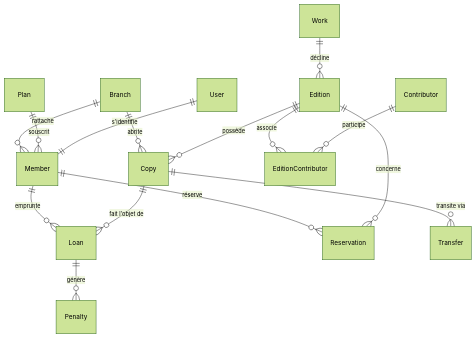
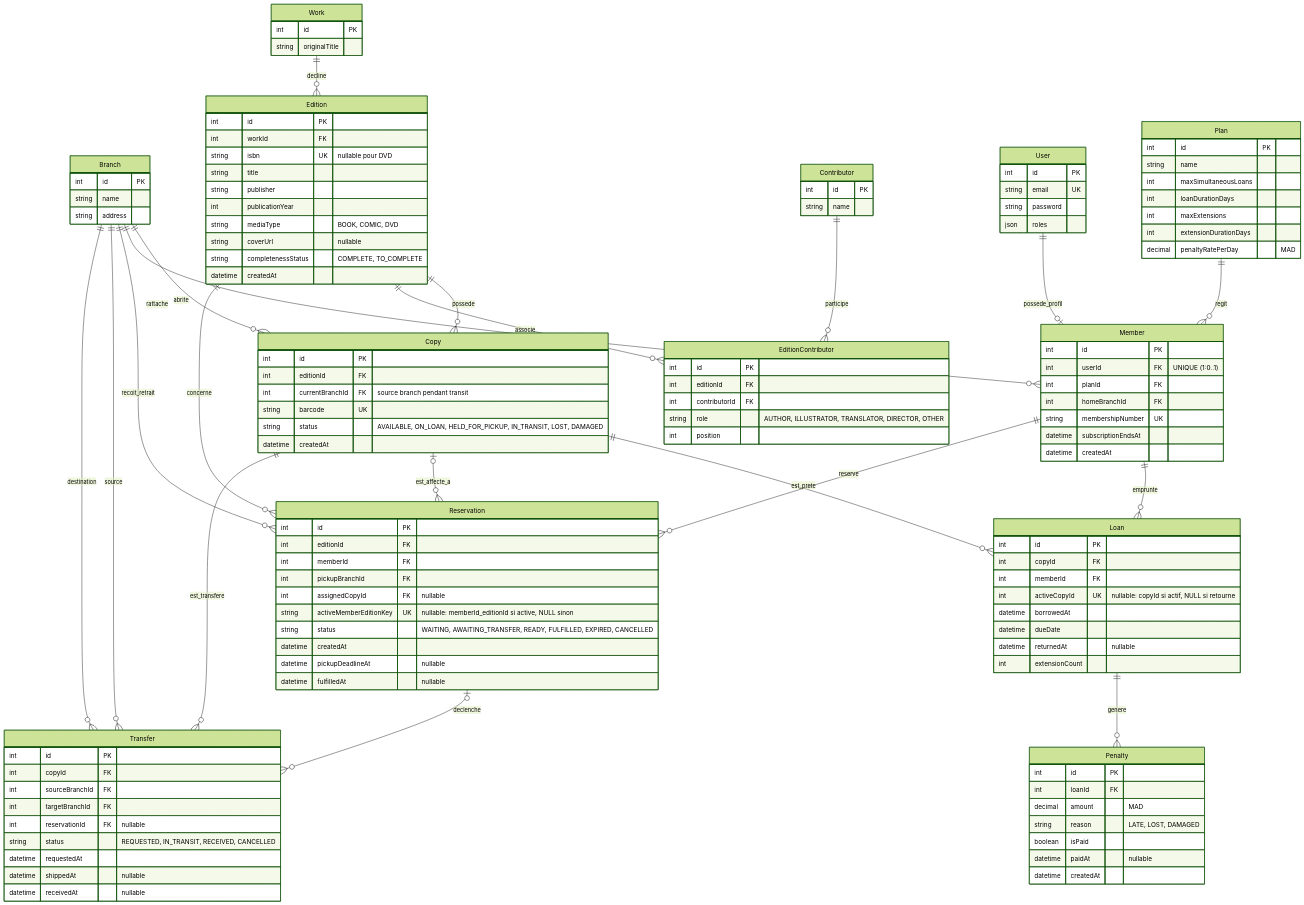
Before and after one commit to OussamaElarouf2/EMC-CHALLENGE-Gestion-du-Reseau-de-Mediatheques: the diagram in docs/MODELE.md, drawn with Mermaid (forest theme). The commit also changed other lines of this file and 1 other file, not shown here.

````diff
--- a/docs/MODELE.md
+++ b/docs/MODELE.md
@@ -32,16 +30,140 @@
 erDiagram
     Branch ||--o{ Copy : "abrite"
     Branch ||--o{ Member : "rattache"
-    Work ||--o{ Edition : "décline"
-    Edition ||--o{ Copy : "possède"
+    Branch ||--o{ Reservation : "recoit_retrait"
+    Branch ||--o{ Transfer : "source"
+    Branch ||--o{ Transfer : "destination"
+    Work ||--o{ Edition : "decline"
+    Edition ||--o{ Copy : "possede"
     Edition ||--o{ EditionContributor : "associe"
     Contributor ||--o{ EditionContributor : "participe"
+    Edition ||--o{ Reservation : "concerne"
+    User ||--o| Member : "possede_profil"
+    Plan ||--o{ Member : "regit"
     Member ||--o{ Loan : "emprunte"
-    Copy ||--o{ Loan : "fait l'objet de"
-    Member ||--o{ Reservation : "réserve"
-    Edition ||--o{ Reservation : "concerne"
-    Plan ||--o{ Member : "souscrit"
-    User ||--|| Member : "s'identifie"
-    Loan ||--o{ Penalty : "génère"
-    Copy ||--o{ Transfer : "transite via"
+    Copy ||--o{ Loan : "est_prete"
+    Member ||--o{ Reservation : "reserve"
+    Copy |o--o{ Reservation : "est_affecte_a"
+    Loan ||--o{ Penalty : "genere"
+    Copy ||--o{ Transfer : "est_transfere"
+    Reservation |o--o{ Transfer : "declenche"
+
+    Branch {
+        int id PK
+        string name
+        string address
+    }
+
+    Work {
+        int id PK
+        string originalTitle
+    }
+
+    Edition {
+        int id PK
+        int workId FK
+        string isbn UK "nullable pour DVD"
+        string title
+        string publisher
+        int publicationYear
+        string mediaType "BOOK, COMIC, DVD"
+        string coverUrl "nullable"
+        string completenessStatus "COMPLETE, TO_COMPLETE"
+        datetime createdAt
+    }
+
+    Contributor {
+        int id PK
+        string name
+    }
+
+    EditionContributor {
+        int id PK
+        int editionId FK
+        int contributorId FK
+        string role "AUTHOR, ILLUSTRATOR, TRANSLATOR, DIRECTOR, OTHER"
+        int position
+    }
+
+    Copy {
+        int id PK
+        int editionId FK
+        int currentBranchId FK "source branch pendant transit"
+        string barcode UK
+        string status "AVAILABLE, ON_LOAN, HELD_FOR_PICKUP, IN_TRANSIT, LOST, DAMAGED"
+        datetime createdAt
+    }
+
+    Plan {
+        int id PK
+        string name
+        int maxSimultaneousLoans
+        int loanDurationDays
+        int maxExtensions
+        int extensionDurationDays
+        decimal penaltyRatePerDay "MAD"
+    }
+
+    User {
+        int id PK
+        string email UK
+        string password
+        json roles
+    }
+
+    Member {
+        int id PK
+        int userId FK "UNIQUE (1:0..1)"
+        int planId FK
+        int homeBranchId FK
+        string membershipNumber UK
+        datetime subscriptionEndsAt
+        datetime createdAt
+    }
+
+    Loan {
+        int id PK
+        int copyId FK
+        int memberId FK
+        int activeCopyId UK "nullable: copyId si actif, NULL si retourne"
+        datetime borrowedAt
+        datetime dueDate
+        datetime returnedAt "nullable"
+        int extensionCount
+    }
+
+    Reservation {
+        int id PK
+        int editionId FK
+        int memberId FK
+        int pickupBranchId FK
+        int assignedCopyId FK "nullable"
+        string activeMemberEditionKey UK "nullable: memberId_editionId si active, NULL sinon"
+        string status "WAITING, AWAITING_TRANSFER, READY, FULFILLED, EXPIRED, CANCELLED"
+        datetime createdAt
+        datetime pickupDeadlineAt "nullable"
+        datetime fulfilledAt "nullable"
+    }
+
+    Penalty {
+        int id PK
+        int loanId FK
+        decimal amount "MAD"
+        string reason "LATE, LOST, DAMAGED"
+        boolean isPaid
+        datetime paidAt "nullable"
+        datetime createdAt
+    }
+
+    Transfer {
+        int id PK
+        int copyId FK
+        int sourceBranchId FK
+        int targetBranchId FK
+        int reservationId FK "nullable"
+        string status "REQUESTED, IN_TRANSIT, RECEIVED, CANCELLED"
+        datetime requestedAt
+        datetime shippedAt "nullable"
+        datetime receivedAt "nullable"
+    }
 ```
````
